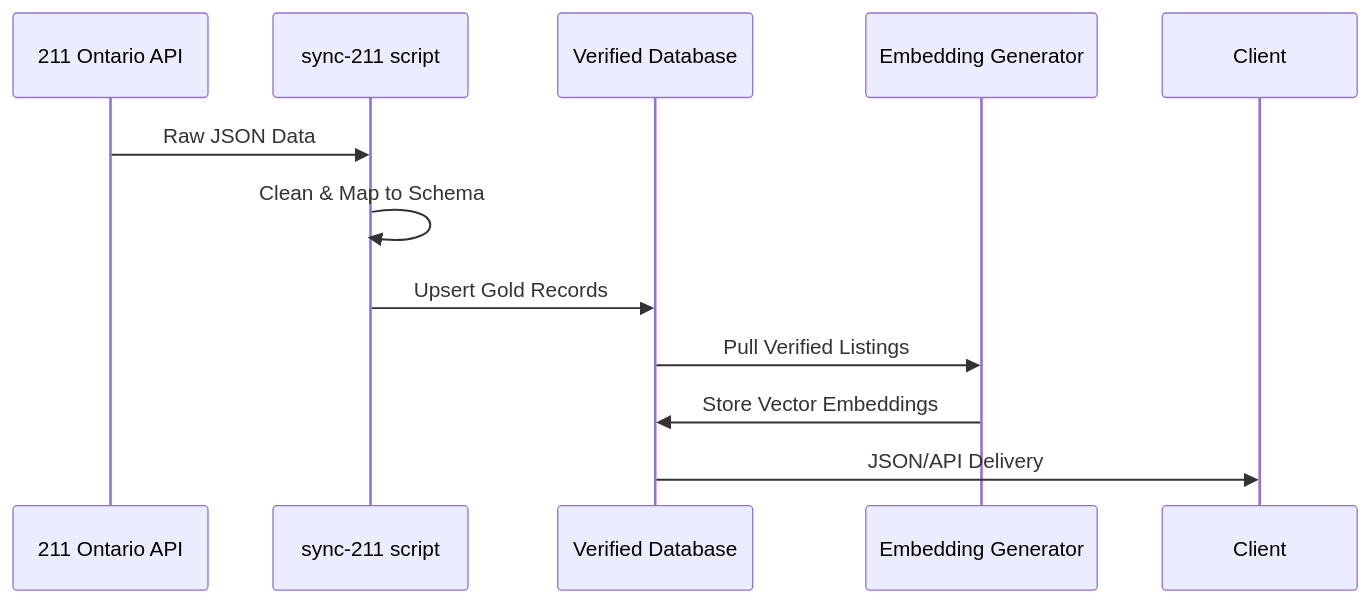
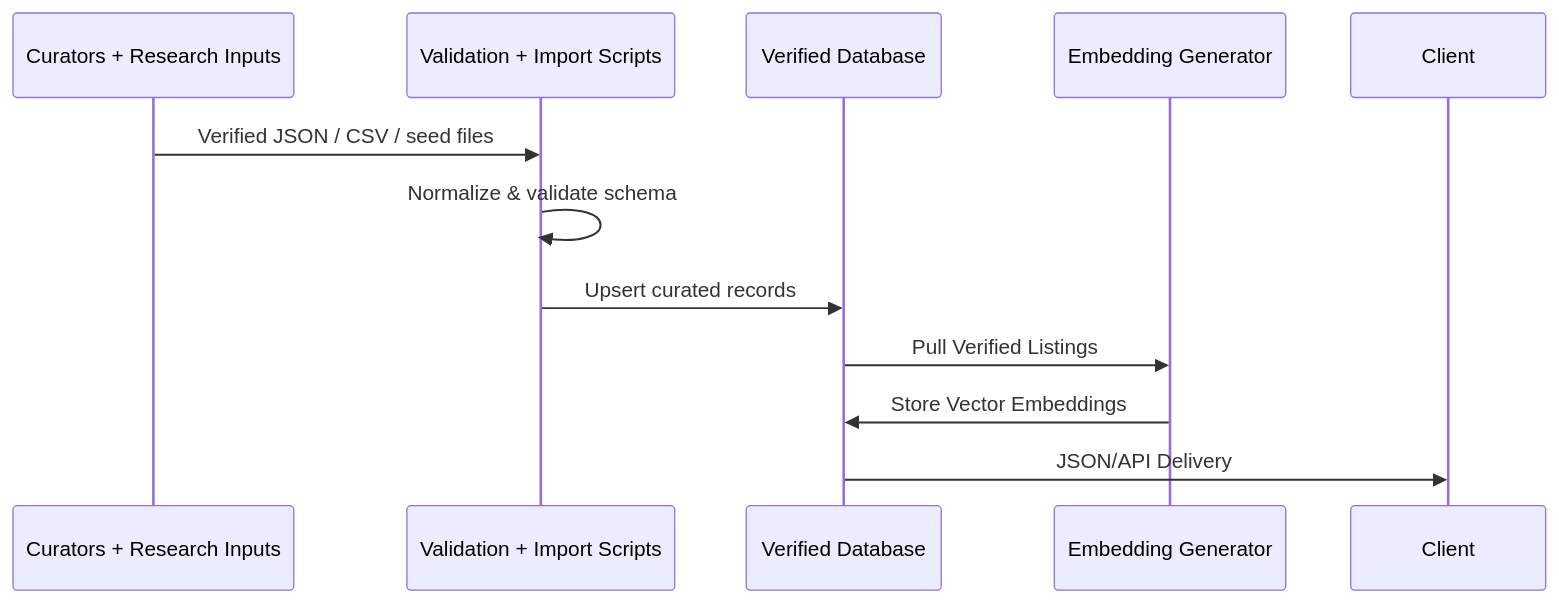
Before and after one commit to jerdaw/careconnect: the second of 2 diagrams in docs/architecture.md, drawn with Mermaid. The commit also changed other lines of this file and 34 other files, not shown here.

````diff
--- a/docs/architecture.md
+++ b/docs/architecture.md
@@ -89,14 +89,14 @@
 ```mermaid
 sequenceDiagram
-    participant API as 211 Ontario API
-    participant Sync as sync-211 script
+    participant Curators as Curators + Research Inputs
+    participant Import as Validation + Import Scripts
     participant DB as Verified Database
     participant Embed as Embedding Generator
 
-    API->>Sync: Raw JSON Data
-    Sync->>Sync: Clean & Map to Schema
-    Sync->>DB: Upsert Gold Records
+    Curators->>Import: Verified JSON / CSV / seed files
+    Import->>Import: Normalize & validate schema
+    Import->>DB: Upsert curated records
     DB->>Embed: Pull Verified Listings
     Embed->>DB: Store Vector Embeddings
     DB->>Client: JSON/API Delivery
 ```
````
